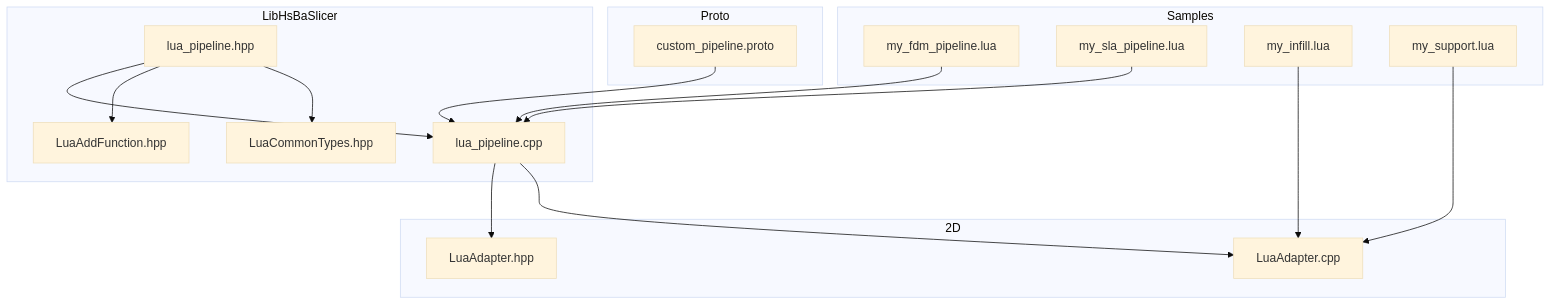
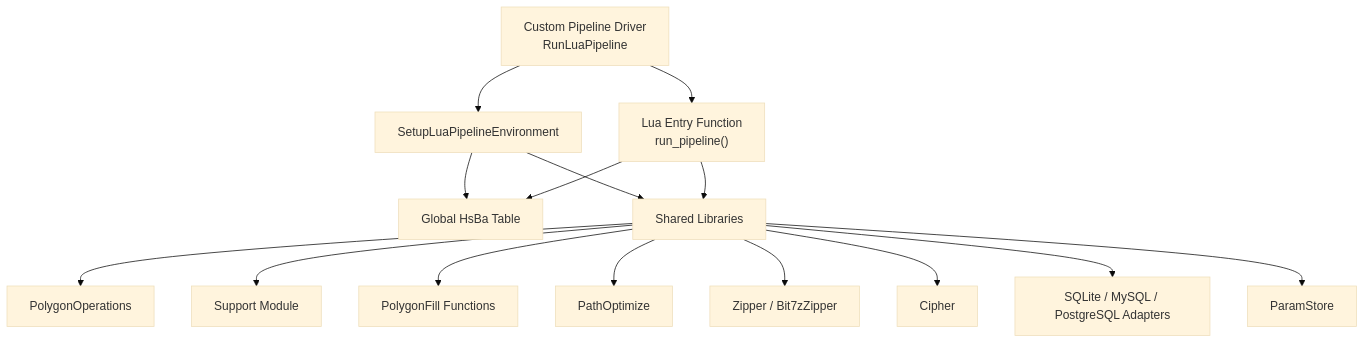
Before and after one commit to hsmbanlance/HsBaSlicer: the first of 6 diagrams in .qoder/repowiki/en/content/Lua Scripting System/Lua Scripting System.md, drawn with Mermaid (base theme). The commit also changed other lines of this file and 1135 other files, not shown here.

````diff
--- a/.qoder/repowiki/en/content/Lua Scripting System/Lua Scripting System.md
+++ b/.qoder/repowiki/en/content/Lua Scripting System/Lua Scripting System.md
@@ -45,32 +50,17 @@
 ```mermaid
 graph TB
-subgraph "LibHsBaSlicer"
-LPH["lua_pipeline.hpp"]
-LPC["lua_pipeline.cpp"]
-LAF["LuaAddFunction.hpp"]
-LCT["LuaCommonTypes.hpp"]
-end
-subgraph "2D"
-LAH["LuaAdapter.hpp"]
-LAC["LuaAdapter.cpp"]
-end
-subgraph "Samples"
-FDM["my_fdm_pipeline.lua"]
-SLA["my_sla_pipeline.lua"]
-INFILL["my_infill.lua"]
-SUPPORT["my_support.lua"]
-end
-subgraph "Proto"
-CPP["custom_pipeline.proto"]
-end
-LPH --> LPC
-LPH --> LAF
-LPH --> LCT
-LPC --> LAH
-LPC --> LAC
-FDM --> LPC
-SLA --> LPC
-INFILL --> LAC
-SUPPORT --> LAC
-CPP --> LPC
+Driver["Custom Pipeline Driver<br/>RunLuaPipeline"] --> Env["SetupLuaPipelineEnvironment"]
+Env --> HsBa["Global HsBa Table"]
+Env --> SharedLibs["Shared Libraries"]
+SharedLibs --> PolyOps["PolygonOperations"]
+SharedLibs --> SupportMod["Support Module"]
+SharedLibs --> FillMod["PolygonFill Functions"]
+SharedLibs --> PathOpt["PathOptimize"]
+SharedLibs --> Zip["Zipper / Bit7zZipper"]
+SharedLibs --> Cipher["Cipher"]
+SharedLibs --> DB["SQLite / MySQL / PostgreSQL Adapters"]
+SharedLibs --> ParamStore["ParamStore"]
+Driver --> Script["Lua Entry Function<br/>run_pipeline()"]
+Script --> HsBa
+Script --> SharedLibs
 ```
````
